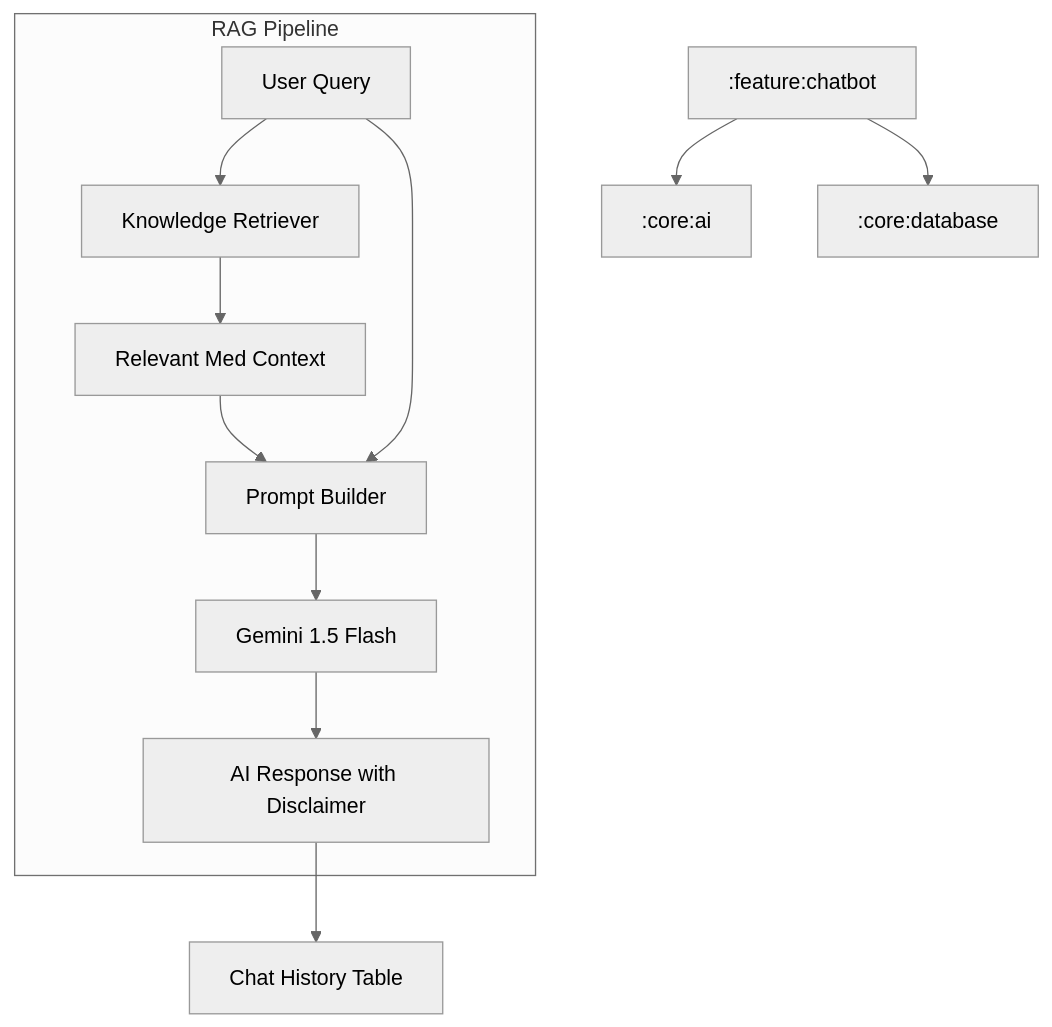
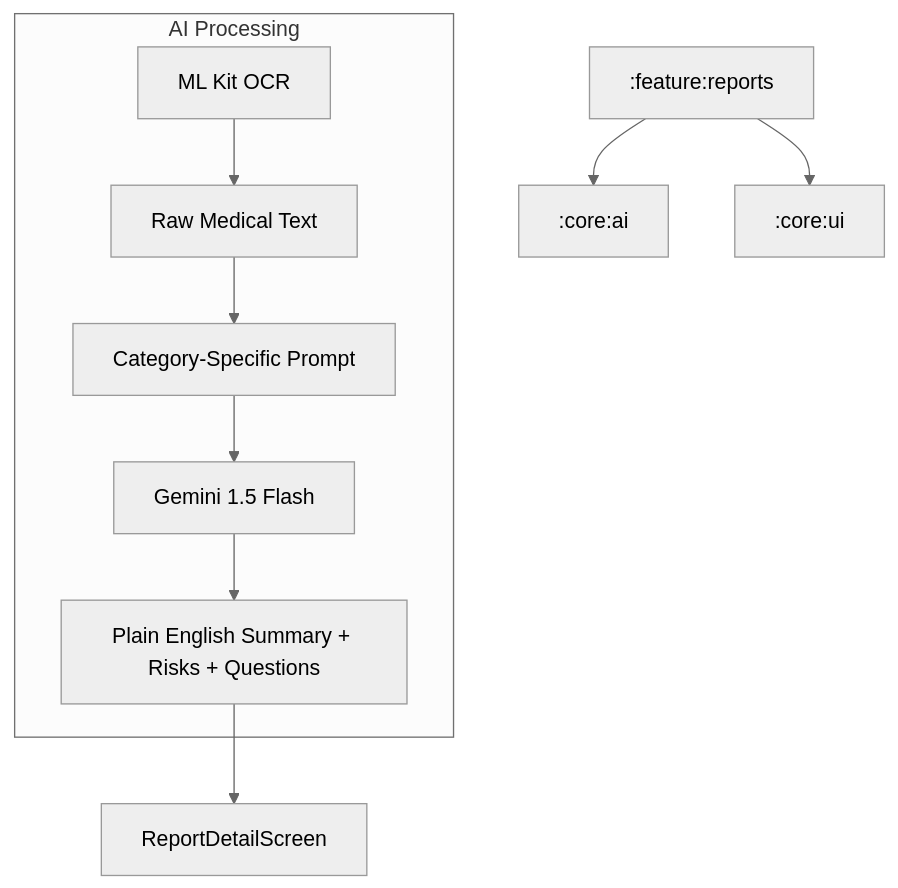
The diagram in .artifacts/4dc8775b-7ddf-49a0-b4e6-8fda79cbdfec/implementation_plan.artifact.md (KotlinFiroj/Ai-HealthCare-App), drawn with Mermaid (neutral theme) before and after one commit. The commit also changed other lines of this file and 13 other files, not shown here.

Commit message:
Implement Phase 13: AI Report Summarization with MedicalReportSummarizer, ReportAnalysis model, and UI components for risk indicators and suggested questions

````diff
--- a/.artifacts/4dc8775b-7ddf-49a0-b4e6-8fda79cbdfec/implementation_plan.artifact.md
+++ b/.artifacts/4dc8775b-7ddf-49a0-b4e6-8fda79cbdfec/implementation_plan.artifact.md
@@ -45,16 +49,14 @@
 ```mermaid
 graph TD
-    F_Chat[:feature:chatbot] --> C_AI[:core:ai]
-    F_Chat --> C_DB[:core:database]
+    F_Reports[:feature:reports] --> C_AI[:core:ai]
+    F_Reports --> C_UI[:core:ui]
 
-    subgraph RAG Pipeline
-        UserQuery[User Query] --> Retriever[Knowledge Retriever]
-        Retriever --> Context[Relevant Med Context]
-        Context --> Prompt[Prompt Builder]
-        UserQuery --> Prompt
+    subgraph AI Processing
+        OCR[ML Kit OCR] --> RawText[Raw Medical Text]
+        RawText --> Prompt[Category-Specific Prompt]
         Prompt --> Gemini[Gemini 1.5 Flash]
-        Gemini --> Response[AI Response with Disclaimer]
+        Gemini --> Analysis[Plain English Summary + Risks + Questions]
     end
 
-    Response --> History[Chat History Table]
+    Analysis --> UI[ReportDetailScreen]
 ```
````
